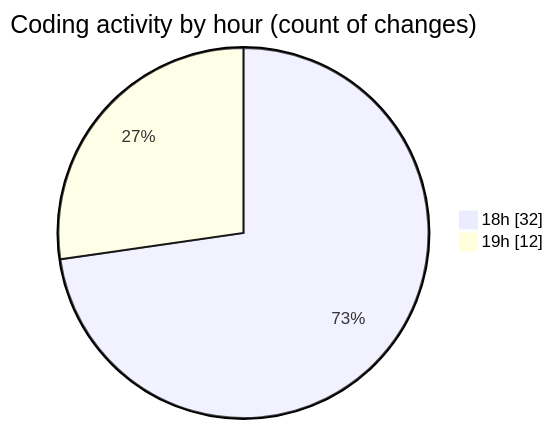
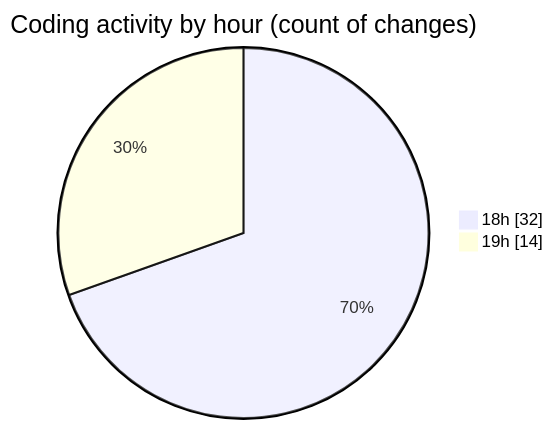
The second of 2 diagrams in 2025-03-20/back-end/README.md (Netris89/code-tracking), drawn with Mermaid before and after one commit. The commit also changed other lines of this file and 1 other file, not shown here.

````diff
--- a/2025-03-20/back-end/README.md
+++ b/2025-03-20/back-end/README.md
@@ -33,6 +33,6 @@
 ```mermaid
 pie showData
 title Coding activity by hour (count of changes)
 "18h" : 32
-"19h" : 12
+"19h" : 14
 ```
````
